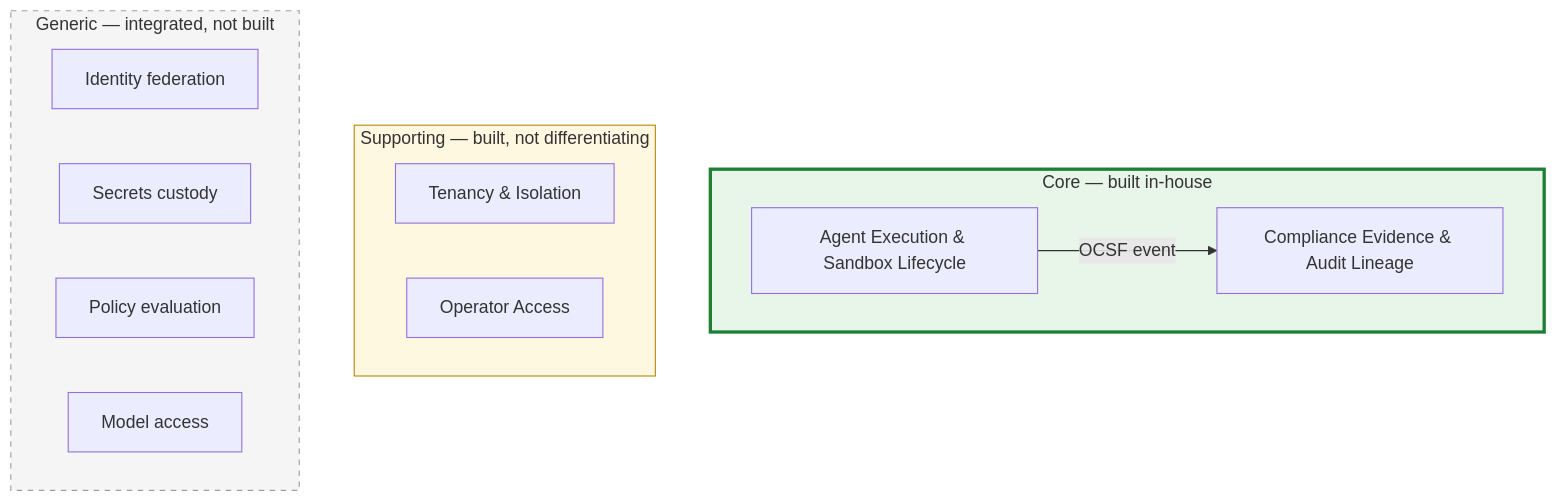
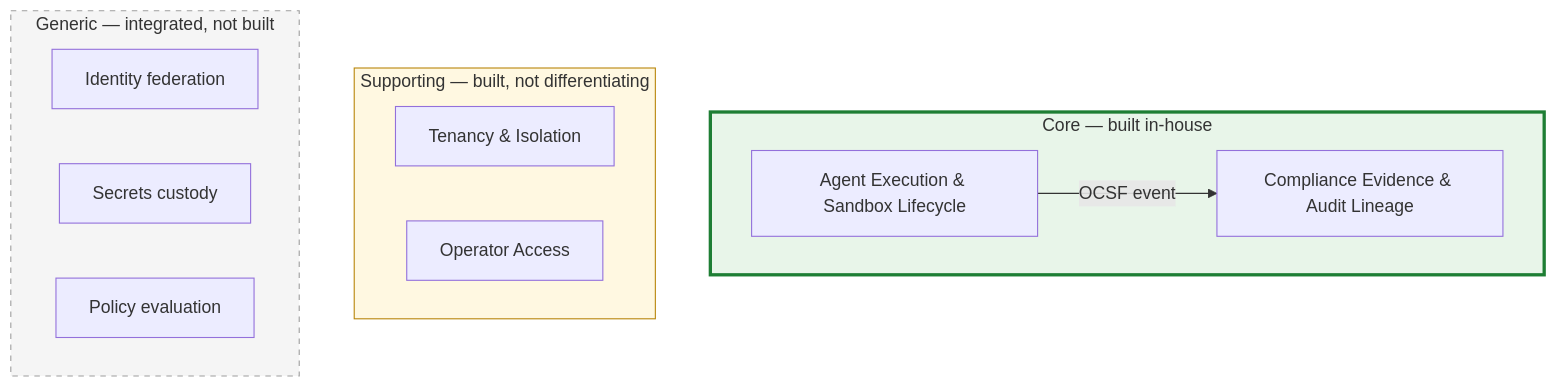
The first of 2 diagrams in docs/architecture/04-bounded-contexts.md (Wide-Moat/open-computer-use), drawn with Mermaid before and after one commit. The commit also changed other lines of this file and 6 other files, not shown here.

````diff
--- a/docs/architecture/04-bounded-contexts.md
+++ b/docs/architecture/04-bounded-contexts.md
@@ -21,21 +21,20 @@
 ```mermaid
 flowchart TB
     subgraph CORE["Core — built in-house"]
         AEX["Agent Execution &amp; Sandbox Lifecycle"]
         CEV["Compliance Evidence &amp; Audit Lineage"]
     end
     subgraph SUP["Supporting — built, not differentiating"]
         TEN["Tenancy &amp; Isolation"]
         OPA["Operator Access"]
     end
     subgraph GEN["Generic — integrated, not built"]
         IDF["Identity federation"]
         SEC["Secrets custody"]
         POL["Policy evaluation"]
-        MOD["Model access"]
     end
     AEX -->|"OCSF event"| CEV
     style CORE fill:#e8f5e9,stroke:#1e7e34,stroke-width:3px
     style SUP fill:#fff8e1,stroke:#b8860b
     style GEN fill:#f5f5f5,stroke:#9e9e9e,stroke-dasharray:5 5
 ```
````
